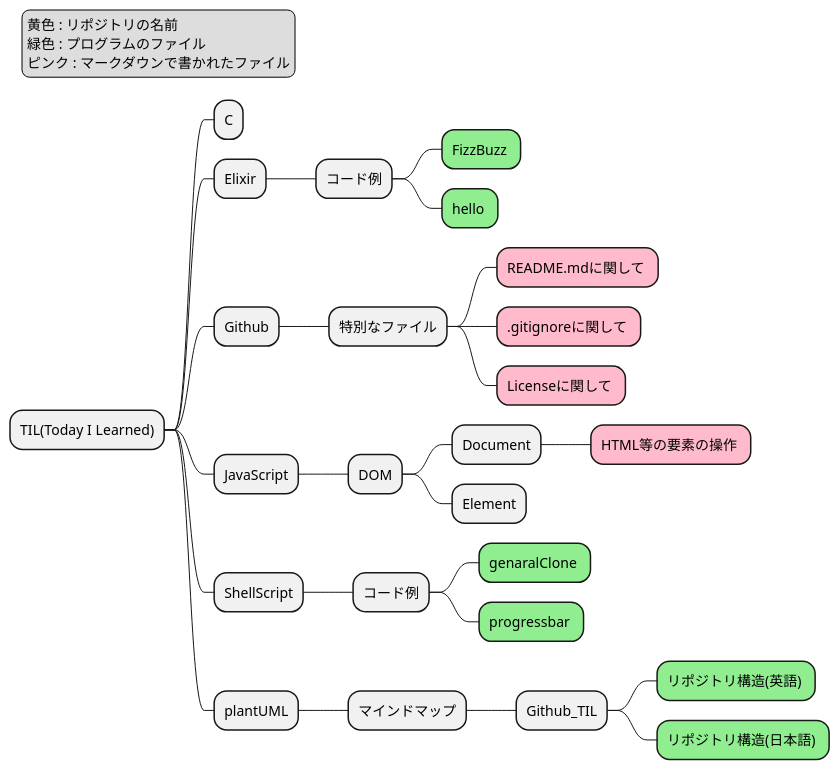
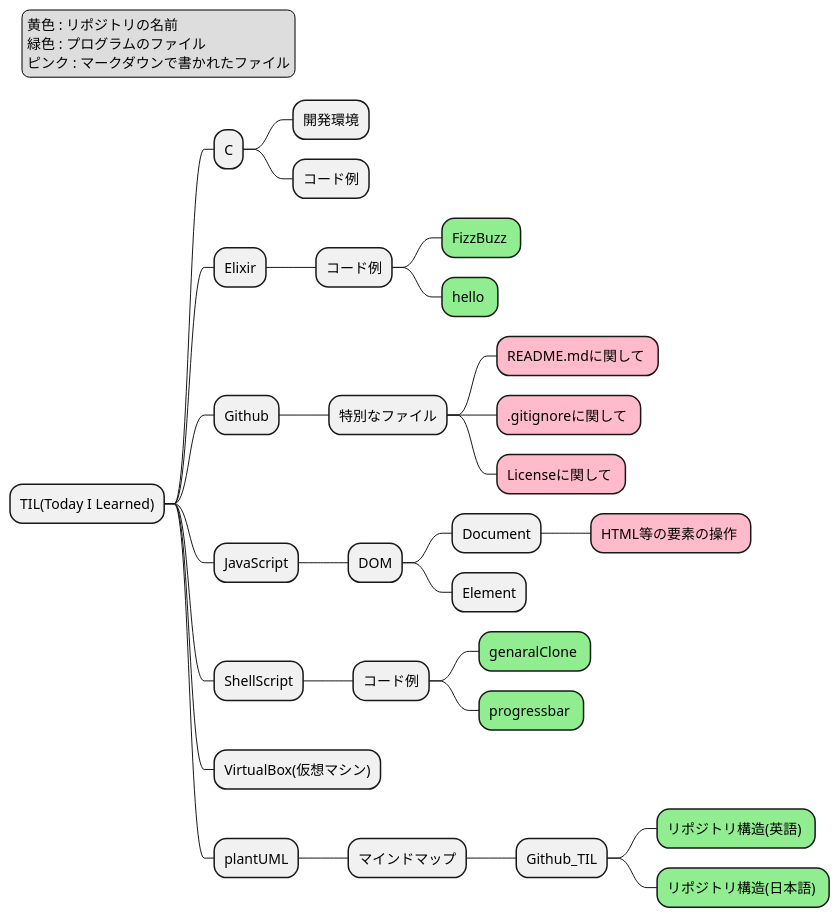
The diagram in plantUML/MindMap/Github_TIL/RepositoryStructureJ.puml (sudo-roa/TIL), drawn with PlantUML before and after one commit. The commit also changed 6 other files, not shown here.

```diff
--- a/plantUML/MindMap/Github_TIL/RepositoryStructureJ.puml
+++ b/plantUML/MindMap/Github_TIL/RepositoryStructureJ.puml
@@ -1,53 +1,57 @@
 @startmindmap RepositoryStructureJ
 
 <style>
 mindmapDiagram {
   .green {
     BackgroundColor #90ee90
   }
   .rose {
     BackgroundColor #FFBBCC
   }
 }
 </style>
 
 * TIL(Today I Learned)
 
 ** C
+*** 開発環境
+*** コード例
 
 ** Elixir
 *** コード例
 **** FizzBuzz <<green>>
 **** hello <<green>>
 
 ** Github
 *** 特別なファイル
 **** README.mdに関して <<rose>>
 **** .gitignoreに関して <<rose>>
 **** Licenseに関して <<rose>>
 
 ** JavaScript
 *** DOM
 **** Document
 ***** HTML等の要素の操作 <<rose>>
 **** Element
 
 ** ShellScript
 *** コード例
 **** genaralClone <<green>>
 **** progressbar <<green>>
 
+** VirtualBox(仮想マシン)
+
 ** plantUML
 *** マインドマップ
 **** Github_TIL
 ***** リポジトリ構造(英語) <<green>>
 ***** リポジトリ構造(日本語) <<green>>
 
 
 legend top left
     黄色 : リポジトリの名前
     緑色 : プログラムのファイル
     ピンク : マークダウンで書かれたファイル
 endlegend
 
 @endmindmap
```
